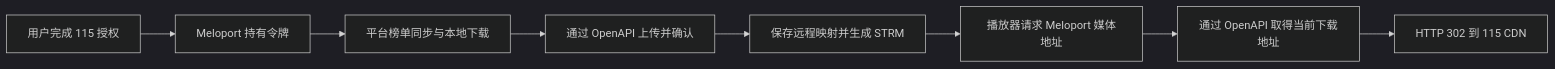
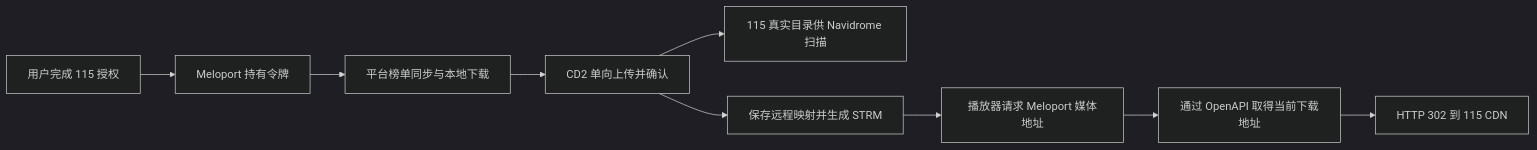
Before and after one commit to yzfh-ty/meloport: the diagram in tmp/115网盘与STRM接入设计.md, drawn with Mermaid (dark theme). The commit also changed other lines of this file, not shown here.

Commit message:
Document CD2-backed Navidrome integration

````diff
--- a/tmp/115网盘与STRM接入设计.md
+++ b/tmp/115网盘与STRM接入设计.md
@@ -51,10 +53,11 @@
 ```mermaid
 flowchart LR
     A[用户完成 115 授权] --> B[Meloport 持有令牌]
     B --> C[平台榜单同步与本地下载]
-    C --> D[通过 OpenAPI 上传并确认]
-    D --> E[保存远程映射并生成 STRM]
-    E --> F[播放器请求 Meloport 媒体地址]
-    F --> G[通过 OpenAPI 取得当前下载地址]
-    G --> H[HTTP 302 到 115 CDN]
+    C --> D[CD2 单向上传并确认]
+    D --> E[115 真实目录供 Navidrome 扫描]
+    D --> F[保存远程映射并生成 STRM]
+    F --> G[播放器请求 Meloport 媒体地址]
+    G --> H[通过 OpenAPI 取得当前下载地址]
+    H --> I[HTTP 302 到 115 CDN]
 ```
````
